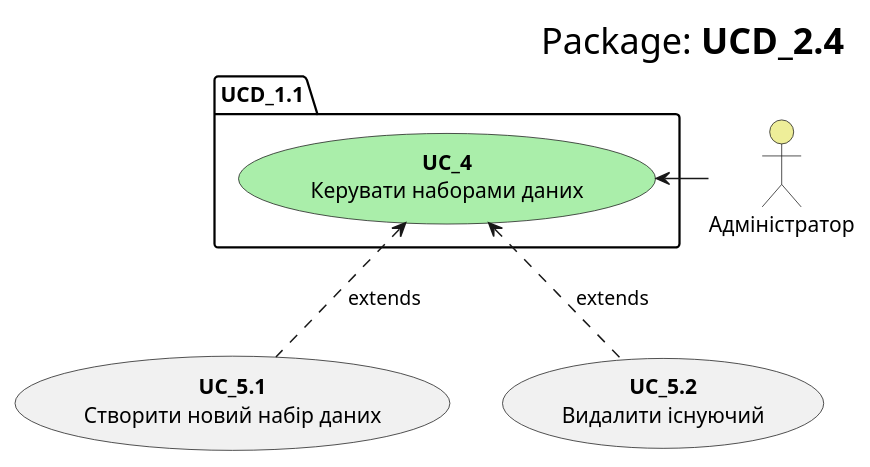
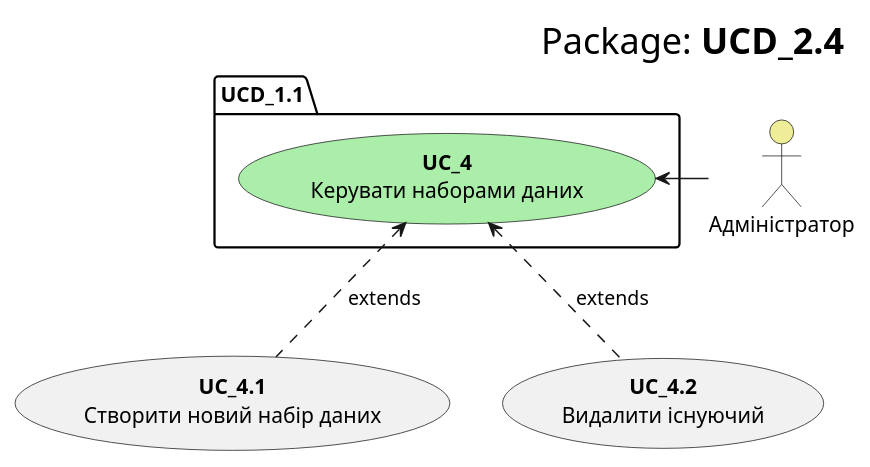
One commit to KarmazinN/db_open_data changed the diagram in src/uml/usecase24.puml. Above: the diagram before and after it, drawn with PlantUML.

```diff
--- a/src/uml/usecase24.puml
+++ b/src/uml/usecase24.puml
@@ -1,20 +1,20 @@
 @startuml
     right header
         <font size=24 color=black>Package:<b> UCD_2.4
     end header
 
     package UCD_1.1 {
         usecase "<b>UC_4</b>\nКерувати наборами даних" as UC_3 #aaeeaa
     }
     
     actor "Адміністратор" as Admin #eeee99
     Admin -l-> UC_3
     
-    usecase "<b>UC_5.1</b>\nСтворити новий набір даних" as UC_1.1
-    usecase "<b>UC_5.2</b>\nВидалити існуючий" as UC_1.2
+    usecase "<b>UC_4.1</b>\nСтворити новий набір даних" as UC_1.1
+    usecase "<b>UC_4.2</b>\nВидалити існуючий" as UC_1.2
 
     UC_1.1 .u.> UC_3: extends
     UC_1.2 .u.> UC_3: extends
 
     
 @enduml
```
